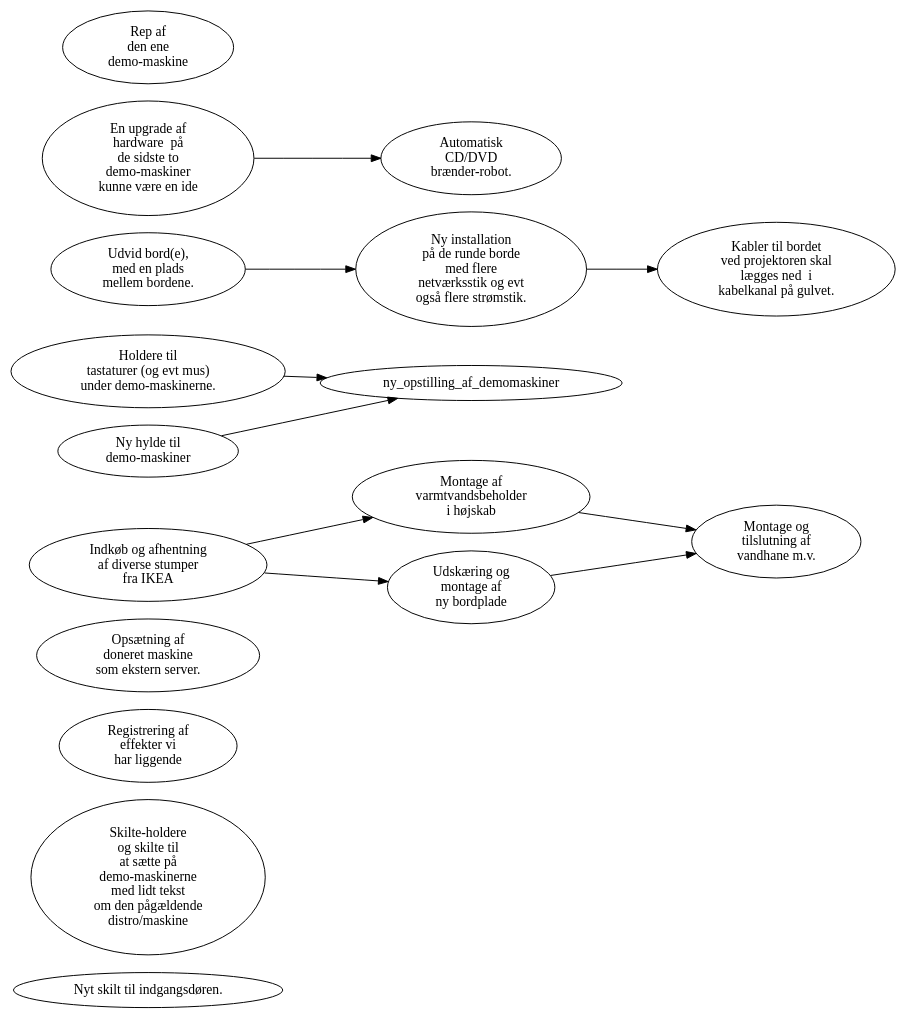
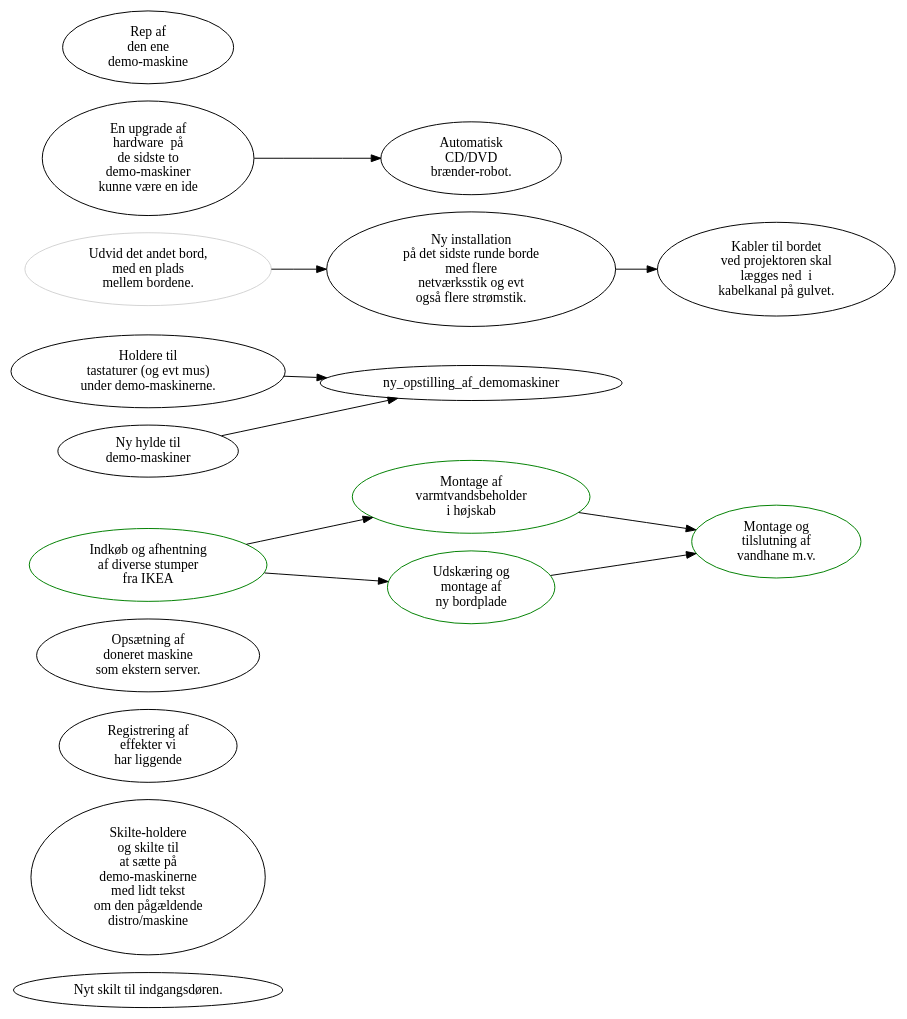
One commit to alslug/alslug.dk changed the diagram in faq/todo.dot. Above: the diagram before and after it, drawn with Graphviz.

```diff
--- a/faq/todo.dot
+++ b/faq/todo.dot
@@ -1,27 +1,27 @@
 digraph xxx {
     rankdir=LR;
     nyt_dørskilt [ label="Nyt skilt til indgangsdøren." ];
     skilteholdere [ label="Skilte-holdere \n og skilte til \n at sætte på \n demo-maskinerne \n med lidt tekst \n om den pågældende \n distro/maskine" ];
     registerer_udstyr [ label="Registrering af \n effekter vi \n har liggende" ];
     ny_bootserver [ label="Opsætning af \n doneret maskine \n som ekstern server." ];
     
-    indkøb_hos_ikea [ label="Indkøb og afhentning \n af diverse stumper \n fra IKEA" ];
-    montage_af_varmtvandsbeholder [ label="Montage af \n varmtvandsbeholder \n i højskab" ];
-    montage_af_ny_bordplade [ label="Udskæring og \n montage af \n ny bordplade" ];
-    montage_og_tilslutning_af_vandhane_mv [ label="Montage og \n tilslutning af \n vandhane m.v." ];
+    indkøb_hos_ikea [ label="Indkøb og afhentning \n af diverse stumper \n fra IKEA" color=green ];
+    montage_af_varmtvandsbeholder [ label="Montage af \n varmtvandsbeholder \n i højskab" color=green ];
+    montage_af_ny_bordplade [ label="Udskæring og \n montage af \n ny bordplade" color=green ];
+    montage_og_tilslutning_af_vandhane_mv [ label="Montage og \n tilslutning af \n vandhane m.v." color=green ];
     indkøb_hos_ikea -> {montage_af_varmtvandsbeholder,montage_af_ny_bordplade} -> montage_og_tilslutning_af_vandhane_mv;
 
     lav_keyboard_holdere [ label="Holdere til \n tastaturer (og evt mus) \n under demo-maskinerne." ];
     hylde_til_demomaskiner [ label="Ny hylde til \n demo-maskiner" ];
     {lav_keyboard_holdere,hylde_til_demomaskiner} -> ny_opstilling_af_demomaskiner;
 
-    udvid_borde [ label="Udvid bord(e), \n med en plads \n mellem bordene." ];
-    bord_instalationer [ label="Ny installation \n på de runde borde \n med flere \n netværksstik og evt \n også flere strømstik." ];
+    udvid_borde [ label="Udvid det andet bord, \n med en plads \n mellem bordene." color=lightgray ];
+    bord_instalationer [ label="Ny installation \n på det sidste runde borde \n med flere \n netværksstik og evt \n også flere strømstik." ];
     kabler_på_gulv [ label="Kabler til bordet \n ved projektoren skal \n lægges ned  i \n kabelkanal på gulvet." ];
     udvid_borde -> bord_instalationer -> kabler_på_gulv;
 
     upgrade_demomaskiner [ label="En upgrade af \n hardware  på \n de sidste to \n demo-maskiner \n kunne være en ide" ];
     rep_af_demomaskine [ label="Rep af \n den ene \n demo-maskine" ];
     cd_brænder [ label="Automatisk \n CD/DVD \n brænder-robot." ];
     upgrade_demomaskiner -> cd_brænder;
 }
```
